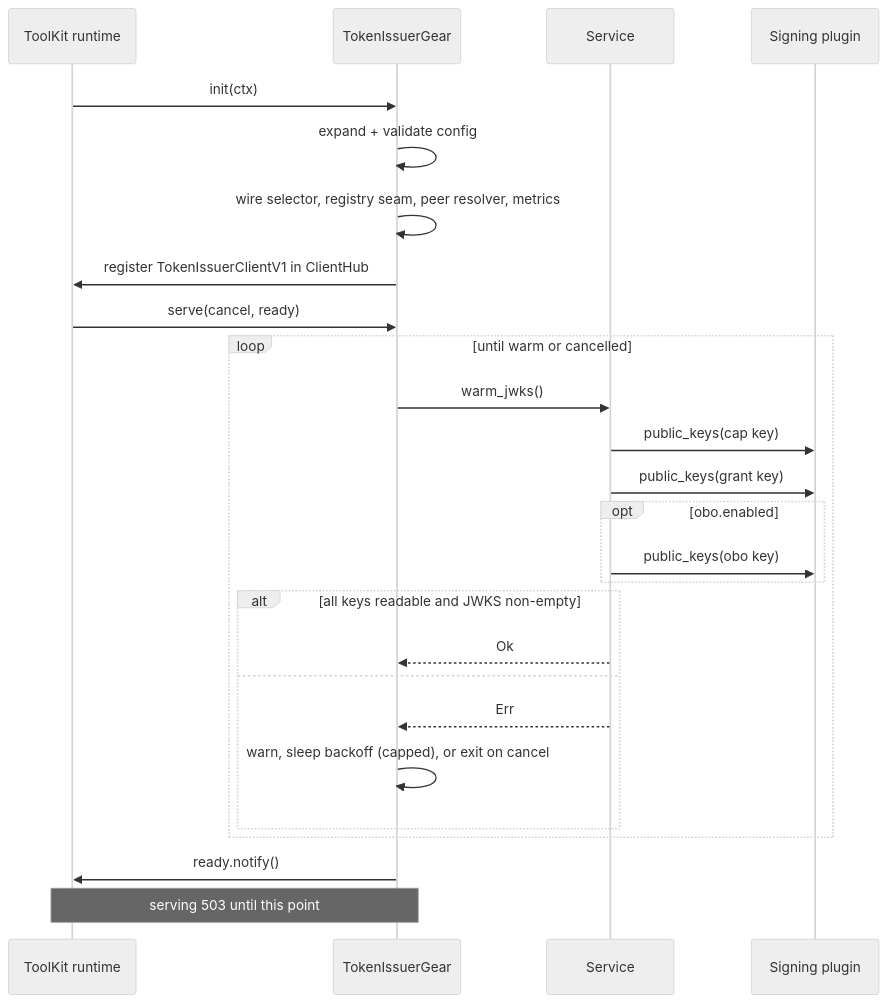
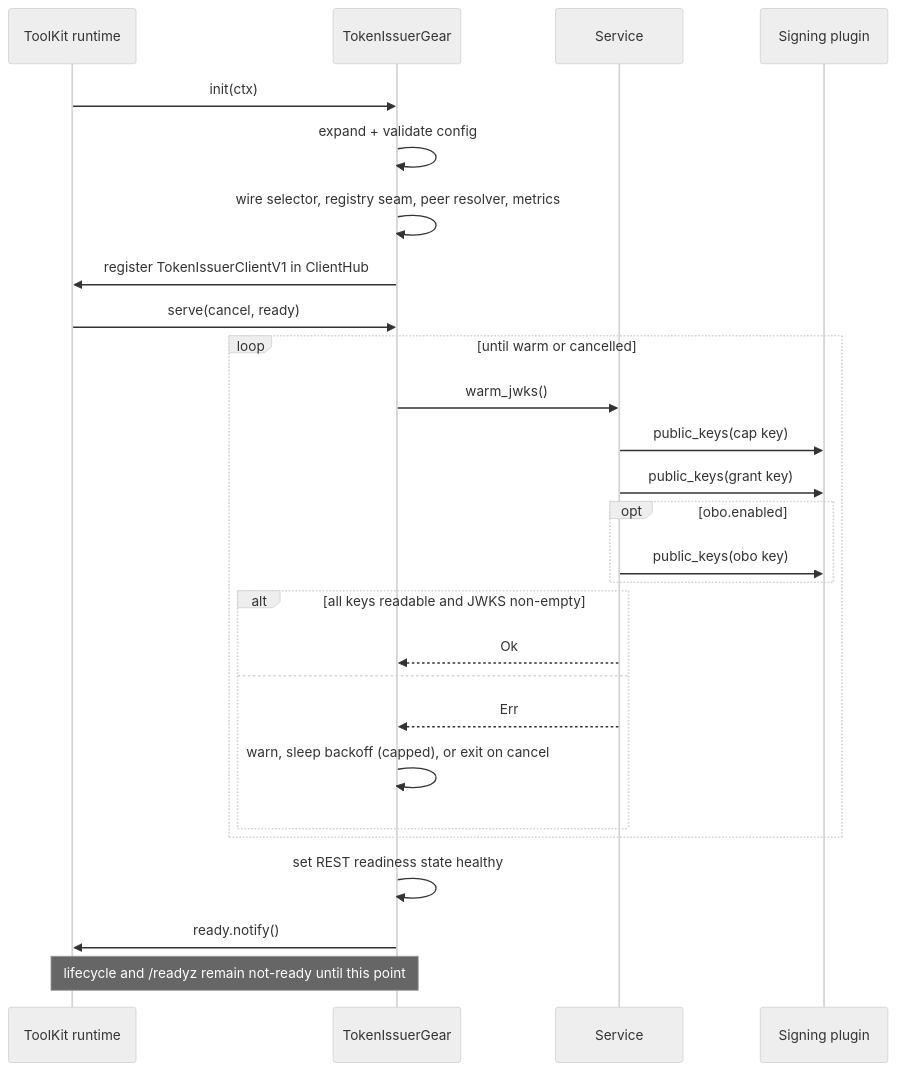
One commit to constructorfabric/gears-rust changed the fifth of 5 diagrams in gears/system/token-issuer/docs/DESIGN.md. Above: the diagram before and after it, drawn with Mermaid (neutral theme). The commit also changed other lines of this file and 14 other files, not shown here.

````diff
--- a/gears/system/token-issuer/docs/DESIGN.md
+++ b/gears/system/token-issuer/docs/DESIGN.md
@@ -696,29 +704,30 @@
 ```mermaid
 sequenceDiagram
     participant RT as ToolKit runtime
     participant G as TokenIssuerGear
     participant S as Service
     participant SP as Signing plugin
 
     RT->>G: init(ctx)
     G->>G: expand + validate config
     G->>G: wire selector, registry seam, peer resolver, metrics
     G->>RT: register TokenIssuerClientV1 in ClientHub
     RT->>G: serve(cancel, ready)
     loop until warm or cancelled
         G->>S: warm_jwks()
         S->>SP: public_keys(cap key)
         S->>SP: public_keys(grant key)
         opt obo.enabled
             S->>SP: public_keys(obo key)
         end
         alt all keys readable and JWKS non-empty
             S-->>G: Ok
         else
             S-->>G: Err
             G->>G: warn, sleep backoff (capped), or exit on cancel
         end
     end
+    G->>G: set REST readiness state healthy
     G->>RT: ready.notify()
-    Note over G,RT: serving 503 until this point
+    Note over G,RT: lifecycle and /readyz remain not-ready until this point
 ```
````
